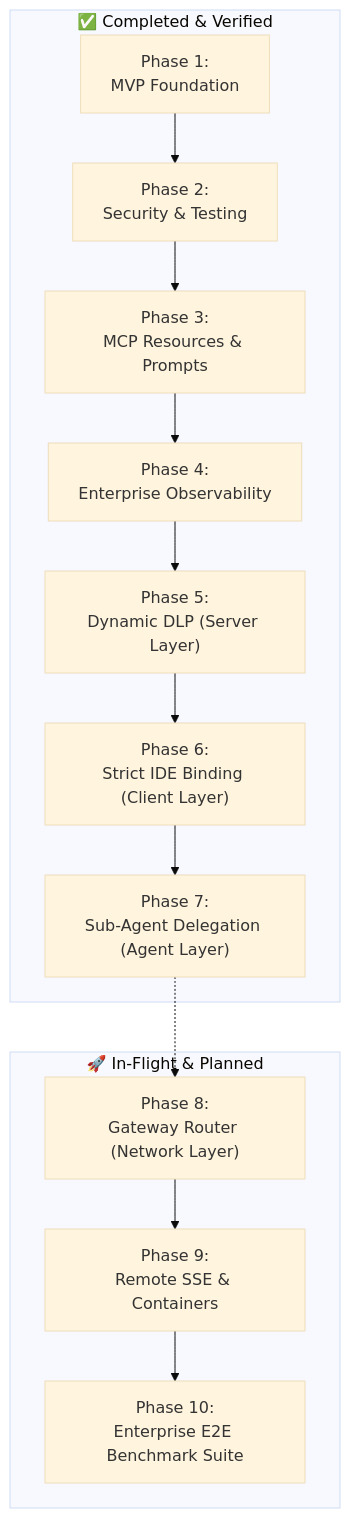
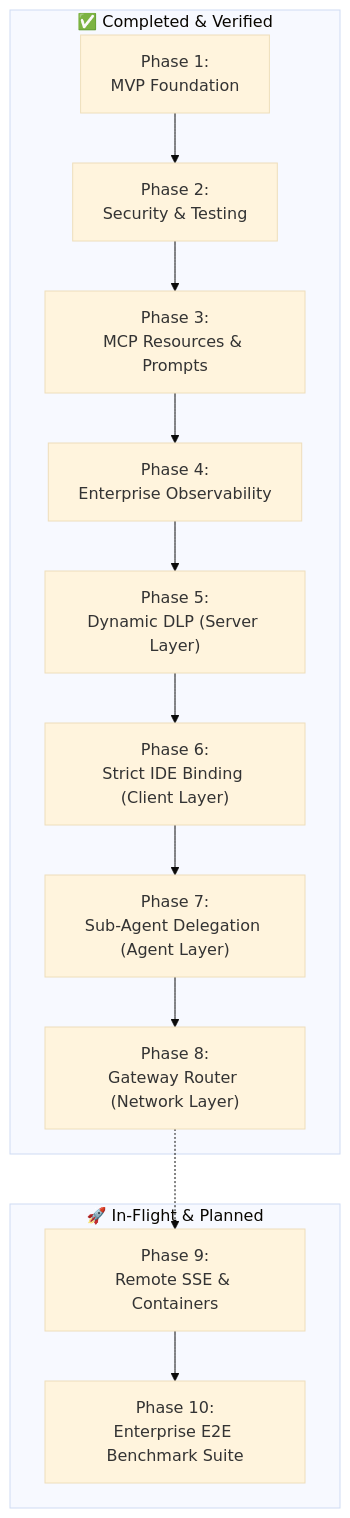
The third of 3 diagrams in README.md (RESTfulInSeattle/Hybrid_Trust_Telemetry_MCP_Server), drawn with Mermaid (base theme) before and after one commit. The commit also changed other lines of this file and 9 other files, not shown here.

````diff
--- a/README.md
+++ b/README.md
@@ -198,21 +206,21 @@
 ```mermaid
 flowchart TD
     subgraph Completed["✅ Completed & Verified"]
         M1["Phase 1:<br/>MVP Foundation"]
         M2["Phase 2:<br/>Security & Testing"]
         M3["Phase 3:<br/>MCP Resources & Prompts"]
         M4["Phase 4:<br/>Enterprise Observability"]
         M5["Phase 5:<br/>Dynamic DLP (Server Layer)"]
         M6["Phase 6:<br/>Strict IDE Binding (Client Layer)"]
         M7["Phase 7:<br/>Sub-Agent Delegation (Agent Layer)"]
+        M8["Phase 8:<br/>Gateway Router (Network Layer)"]
     end
 
     subgraph InFlight["🚀 In-Flight & Planned"]
-        M8["Phase 8:<br/>Gateway Router (Network Layer)"]
         M9["Phase 9:<br/>Remote SSE & Containers"]
         M10["Phase 10:<br/>Enterprise E2E Benchmark Suite"]
     end
 
-    M1 --> M2 --> M3 --> M4 --> M5 --> M6 --> M7
-    M7 -.-> M8 --> M9 --> M10
+    M1 --> M2 --> M3 --> M4 --> M5 --> M6 --> M7 --> M8
+    M8 -.-> M9 --> M10
 ```
````
